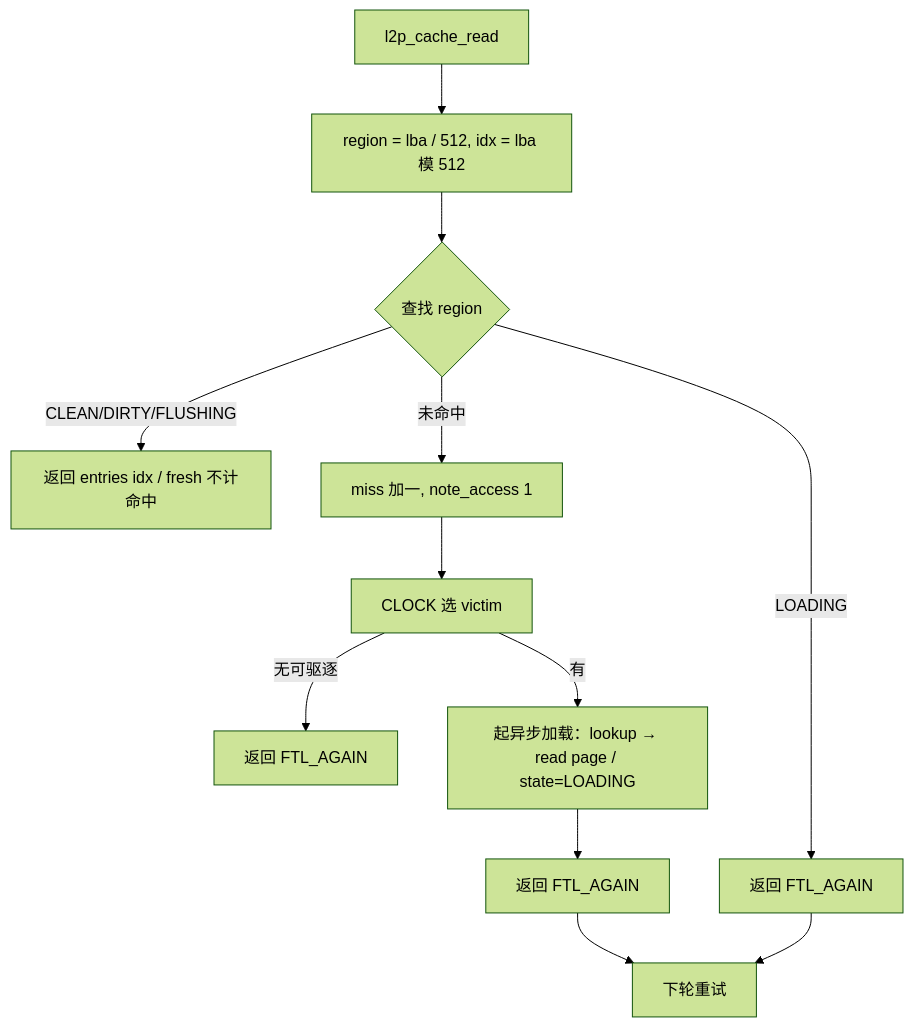
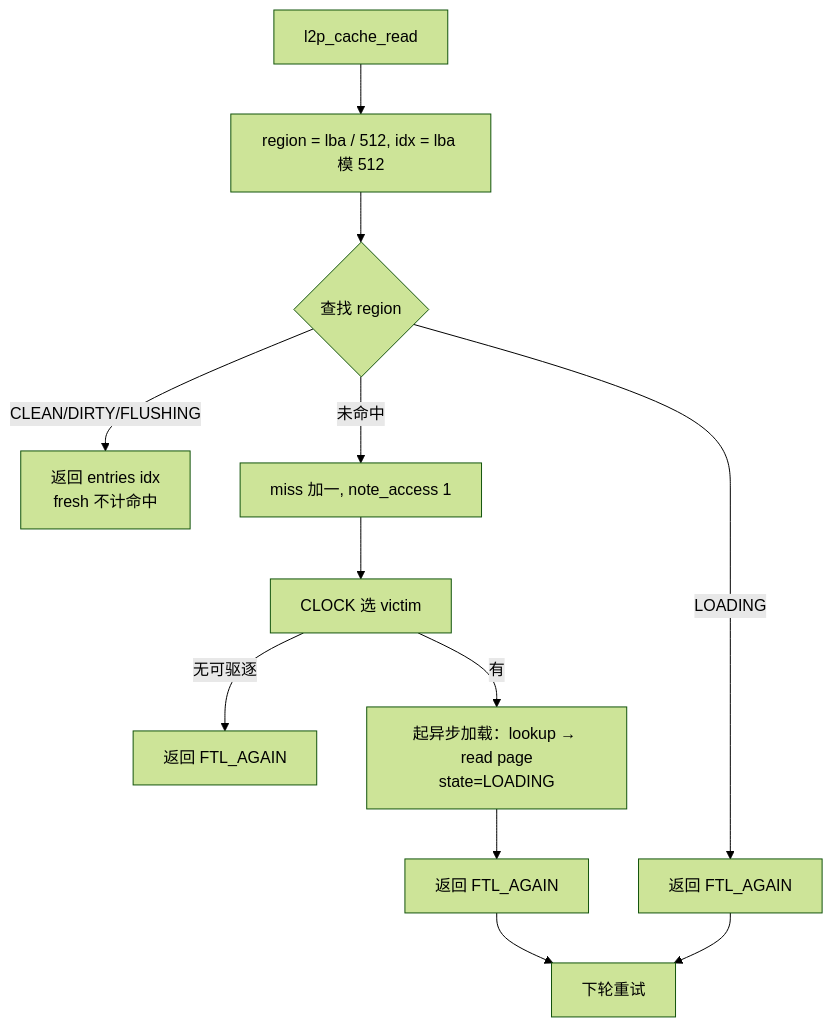
The tenth of 28 diagrams in docs/design/ftl_design.md (YzYMIAO/BASESSD), drawn with Mermaid (forest theme) before and after one commit. The commit also changed other lines of this file, not shown here.

First line of the commit message:
docs(ftl): 恢复 <br/>、清理 stateDiagram 标签

````diff
--- a/docs/design/ftl_design.md
+++ b/docs/design/ftl_design.md
@@ -1520,14 +1520,14 @@
 ```mermaid
 flowchart TD
     A["l2p_cache_read"] --> B["region = lba / 512, idx = lba 模 512"]
     B --> C{"查找 region"}
     C -- "LOADING" --> D["返回 FTL_AGAIN"]
-    C -- "CLEAN/DIRTY/FLUSHING" --> E["返回 entries idx / fresh 不计命中"]
+    C -- "CLEAN/DIRTY/FLUSHING" --> E["返回 entries idx <br/>fresh 不计命中"]
     C -- "未命中" --> F["miss 加一, note_access 1"]
     F --> G["CLOCK 选 victim"]
     G -- "无可驱逐" --> H["返回 FTL_AGAIN"]
-    G -- "有" --> I["起异步加载：lookup → read page / state=LOADING"]
+    G -- "有" --> I["起异步加载：lookup → read page<br/>state=LOADING"]
     I --> J["返回 FTL_AGAIN"]
     J --> K["下轮重试"]
     D --> K
 ```
````
